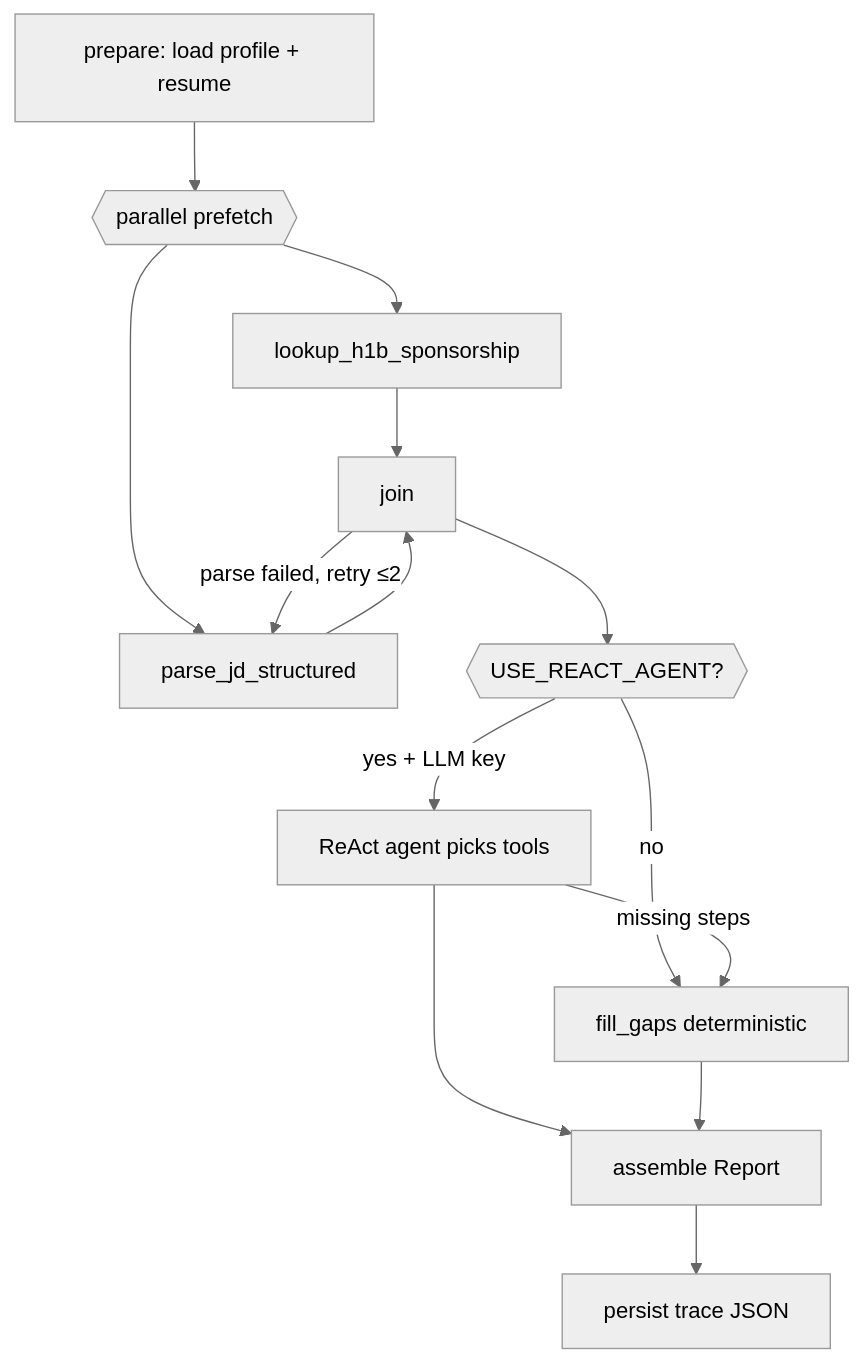
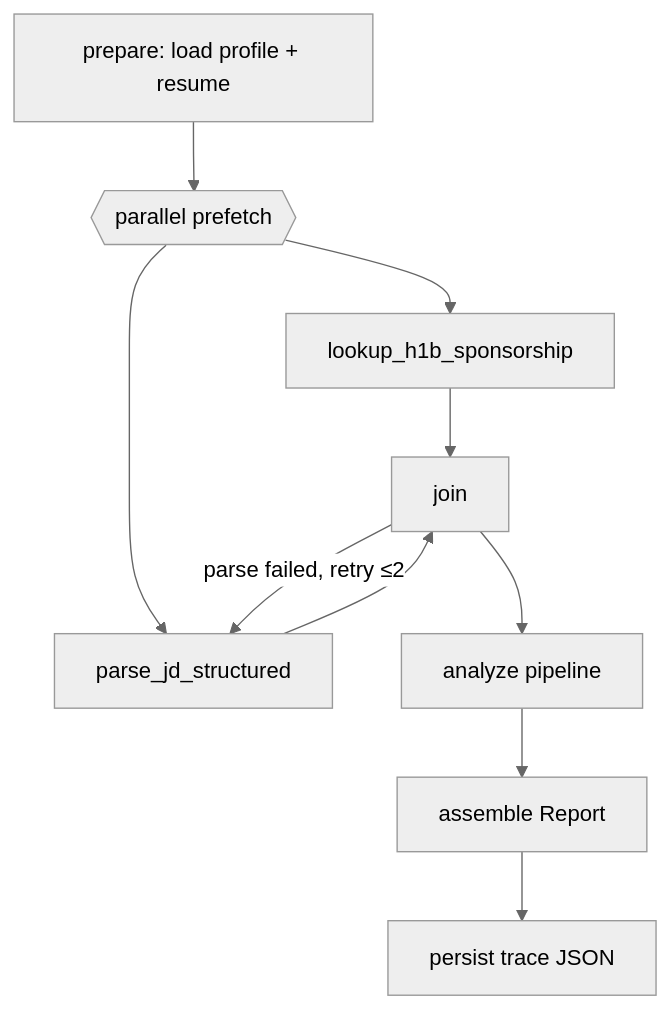
The diagram in README.md (nicole732470/joblens), drawn with Mermaid (neutral theme) before and after one commit. The commit also changed other lines of this file and 57 other files, not shown here.

````diff
--- a/README.md
+++ b/README.md
@@ -297,17 +298,13 @@
 ```mermaid
 flowchart TD
   PREP[prepare: load profile + resume]
   PREP --> FAN{{parallel prefetch}}
   FAN --> H1B[lookup_h1b_sponsorship]
   FAN --> JD[parse_jd_structured]
   H1B --> JOIN[join]
   JD --> JOIN
   JOIN -->|"parse failed, retry ≤2"| JD
-  JOIN --> ROUTE{{USE_REACT_AGENT?}}
-  ROUTE -->|yes + LLM key| REACT[ReAct agent picks tools]
-  ROUTE -->|no| FILL[fill_gaps deterministic]
-  REACT -->|"missing steps"| FILL
-  REACT --> ASM[assemble Report]
-  FILL --> ASM
+  JOIN --> PIPE[analyze pipeline]
+  PIPE --> ASM[assemble Report]
   ASM --> TRACE[persist trace JSON]
 ```
````
